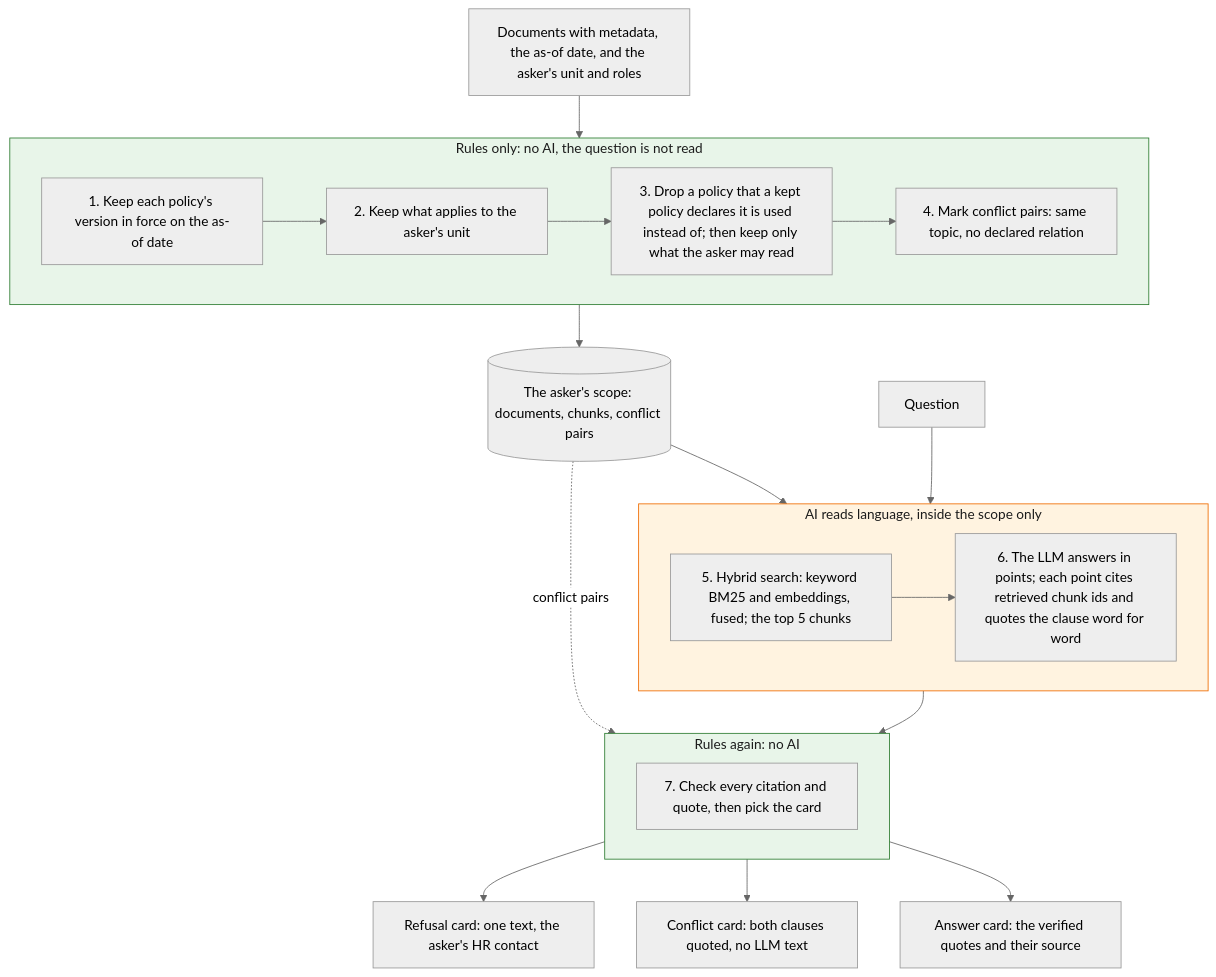
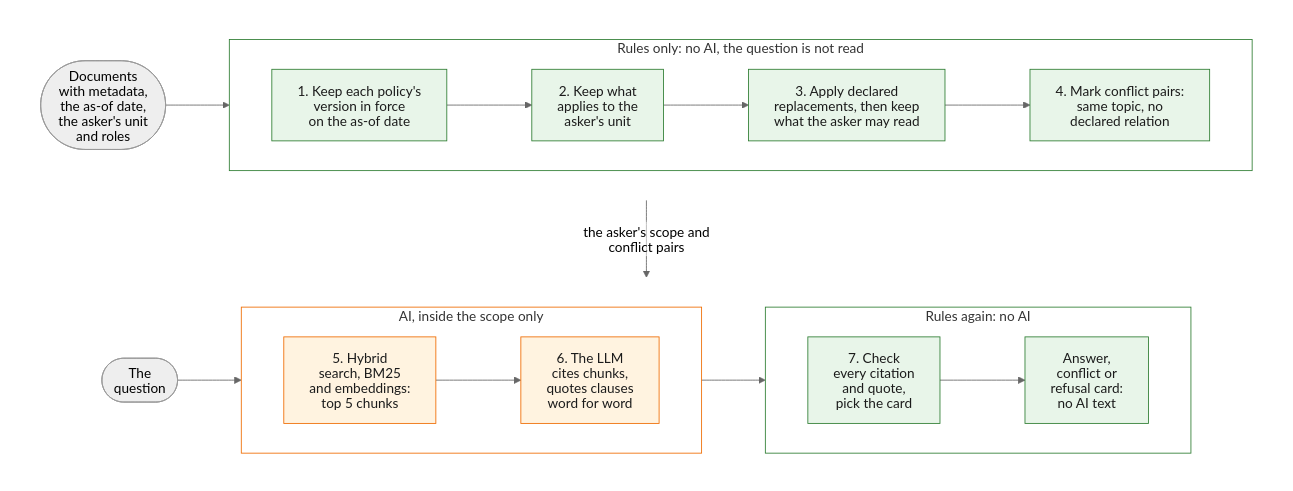
The first of 2 diagrams in docs/architecture.md (Park-Hip/next-gen-2026), drawn with Mermaid (neutral theme) before and after one commit.

Commit message:
Make the 7-step diagram compact and robust on GitHub: two rows instead of one column, SVG text labels that never clip, wider label wrapping

````diff
--- a/docs/architecture.md
+++ b/docs/architecture.md
@@ -19,39 +19,53 @@
 ```mermaid
-flowchart TD
-    inputs["Documents with metadata, the as-of date, and the asker's unit and roles"]
-
-    subgraph rules1["Rules only: no AI, the question is not read"]
-        s1["1. Keep each policy's version in force on the as-of date"]
-        s2["2. Keep what applies to the asker's unit"]
-        s3["3. Drop a policy that a kept policy declares it is used instead of; then keep only what the asker may read"]
-        s4["4. Mark conflict pairs: same topic, no declared relation"]
-        s1 --> s2 --> s3 --> s4
+---
+config:
+  htmlLabels: false
+  flowchart:
+    htmlLabels: false
+    wrappingWidth: 400
+---
+flowchart TB
+    subgraph before[" "]
+        direction LR
+        inputs(["Documents<br/>with metadata,<br/>the as-of date,<br/>the asker's unit<br/>and roles"])
+        subgraph rules1["Rules only: no AI, the question is not read"]
+            direction LR
+            s1["1. Keep each policy's<br/>version in force<br/>on the as-of date"]
+            s2["2. Keep what<br/>applies to the<br/>asker's unit"]
+            s3["3. Apply declared<br/>replacements, then keep<br/>what the asker may read"]
+            s4["4. Mark conflict pairs:<br/>same topic, no<br/>declared relation"]
+            s1 --> s2 --> s3 --> s4
+        end
+        inputs --> rules1
     end
 
-    scope[("The asker's scope: documents, chunks, conflict pairs")]
-    question["Question"]
-
-    subgraph ai["AI reads language, inside the scope only"]
-        s5["5. Hybrid search: keyword BM25 and embeddings, fused; the top 5 chunks"]
-        s6["6. The LLM answers in points; each point cites retrieved chunk ids and quotes the clause word for word"]
-        s5 --> s6
+    subgraph after[" "]
+        direction LR
+        question(["The<br/>question"])
+        subgraph ai["AI, inside the scope only"]
+            direction LR
+            s5["5. Hybrid<br/>search, BM25<br/>and embeddings:<br/>top 5 chunks"]
+            s6["6. The LLM<br/>cites chunks,<br/>quotes clauses<br/>word for word"]
+            s5 --> s6
+        end
+        subgraph rules2["Rules again: no AI"]
+            direction LR
+            s7["7. Check<br/>every citation<br/>and quote,<br/>pick the card"]
+            cards["Answer,<br/>conflict or<br/>refusal card:<br/>no AI text"]
+            s7 --> cards
+        end
+        question --> ai --> rules2
     end
 
-    subgraph rules2["Rules again: no AI"]
-        s7["7. Check every citation and quote, then pick the card"]
-    end
+    before -- "the asker's scope and conflict pairs" --> after
 
-    inputs --> rules1
-    rules1 --> scope
-    scope --> ai
-    question --> ai
-    ai --> rules2
-    scope -. conflict pairs .-> rules2
-    rules2 --> answer["Answer card: the verified quotes and their source"]
-    rules2 --> conflict["Conflict card: both clauses quoted, no LLM text"]
-    rules2 --> refusal["Refusal card: one text, the asker's HR contact"]
-
-    style rules1 fill:#e8f5e9,stroke:#2e7d32,color:#1b1b1b
-    style rules2 fill:#e8f5e9,stroke:#2e7d32,color:#1b1b1b
-    style ai fill:#fff3e0,stroke:#ef6c00,color:#1b1b1b
+    classDef rule fill:#e8f5e9,stroke:#2e7d32,color:#1b1b1b
+    classDef llm fill:#fff3e0,stroke:#ef6c00,color:#1b1b1b
+    class s1,s2,s3,s4,s7,cards rule
+    class s5,s6 llm
+    style rules1 fill:transparent,stroke:#2e7d32
+    style rules2 fill:transparent,stroke:#2e7d32
+    style ai fill:transparent,stroke:#ef6c00
+    style before fill:transparent,stroke:transparent
+    style after fill:transparent,stroke:transparent
 ```
````
